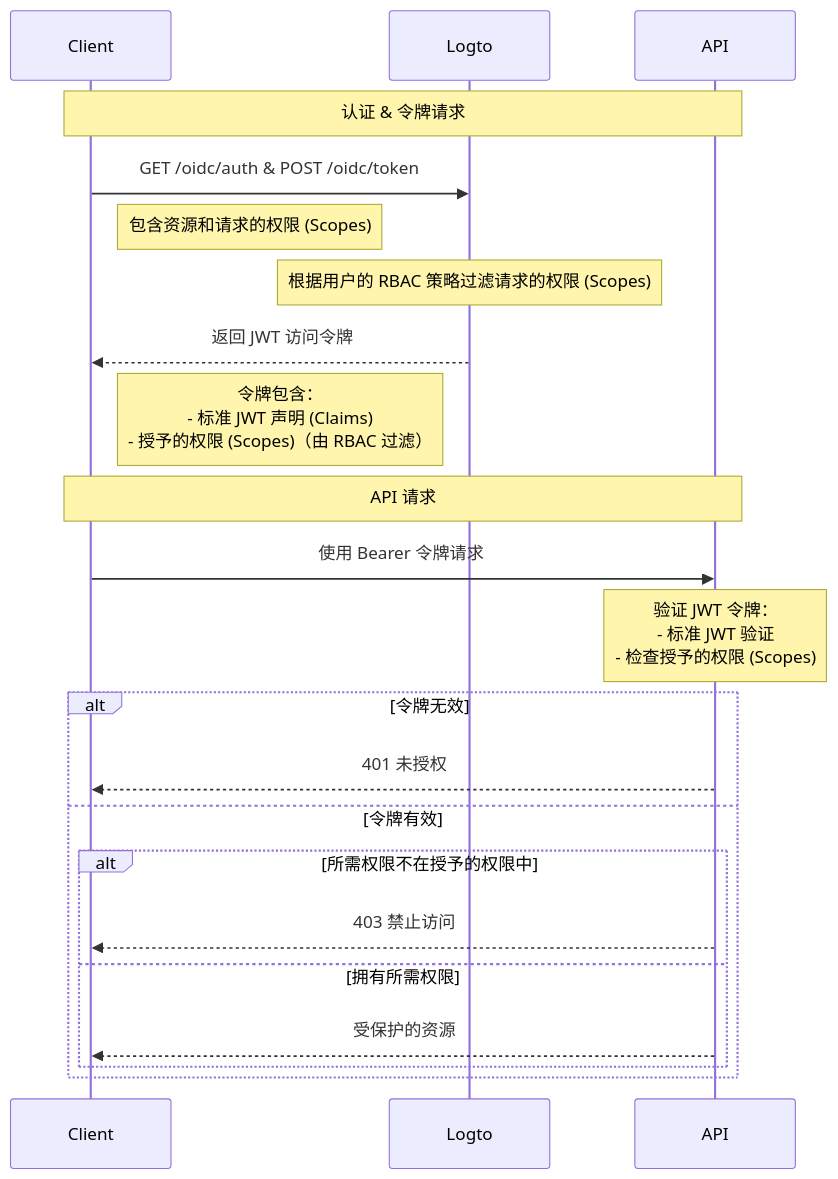
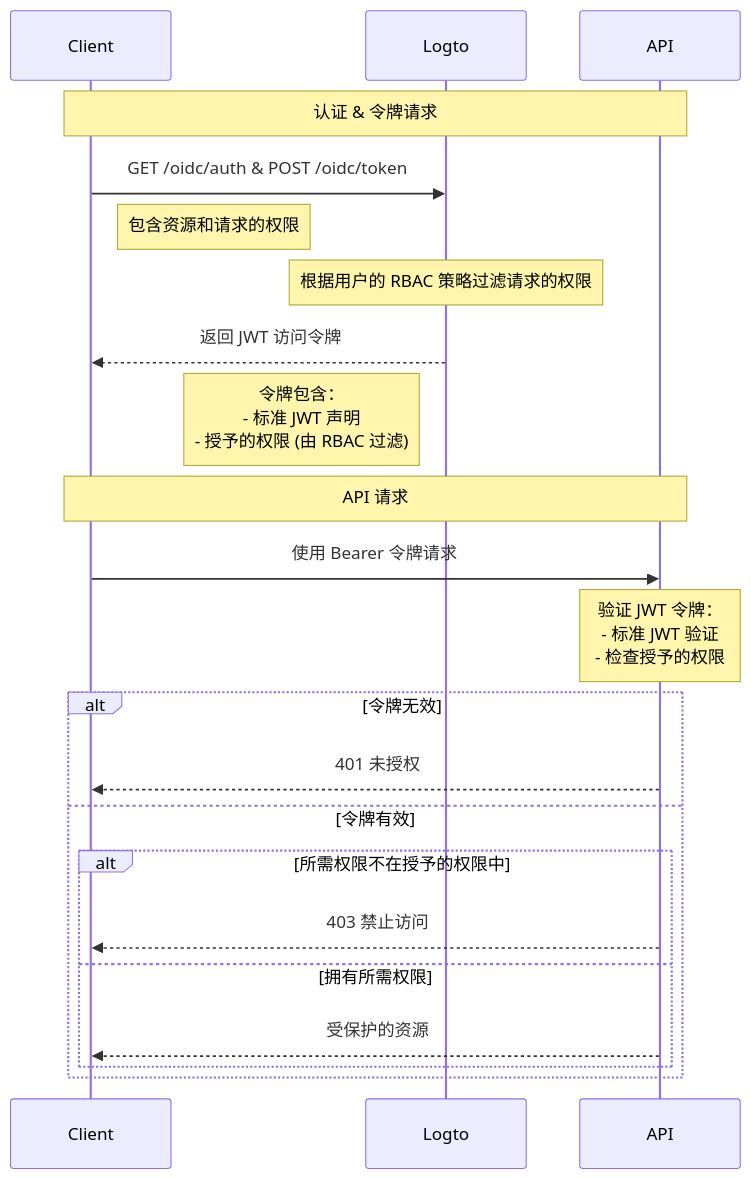
The diagram in i18n/zh-CN/docusaurus-plugin-content-docs/current/authorization/role-based-access-control/protect-api-resources-with-rbac.mdx (logto-io/docs), drawn with Mermaid before and after one commit. The commit also changed other lines of this file and 15 other files, not shown here.

````diff
--- a/i18n/zh-CN/docusaurus-plugin-content-docs/current/authorization/role-based-access-control/protect-api-resources-with-rbac.mdx
+++ b/i18n/zh-CN/docusaurus-plugin-content-docs/current/authorization/role-based-access-control/protect-api-resources-with-rbac.mdx
@@ -13,29 +13,29 @@
 ```mermaid
 sequenceDiagram
     participant Client
     participant Logto
     participant API
 
     Note over Client,API: 认证 & 令牌请求
     Client->>Logto: GET /oidc/auth & POST /oidc/token
-    Note right of Client: 包含资源和请求的权限 (Scopes)
+    Note right of Client: 包含资源和请求的权限
 
-    Note over Logto: 根据用户的 RBAC 策略过滤请求的权限 (Scopes)
+    Note over Logto: 根据用户的 RBAC 策略过滤请求的权限
     Logto-->>Client: 返回 JWT 访问令牌
-    Note left of Logto: 令牌包含：<br/>- 标准 JWT 声明 (Claims)<br/>- 授予的权限 (Scopes)（由 RBAC 过滤）
+    Note left of Logto: 令牌包含：<br/>- 标准 JWT 声明<br/>- 授予的权限 (由 RBAC 过滤)
 
     Note over Client,API: API 请求
     Client->>API: 使用 Bearer 令牌请求
 
-    Note over API: 验证 JWT 令牌：<br/>- 标准 JWT 验证<br/>- 检查授予的权限 (Scopes)
+    Note over API: 验证 JWT 令牌：<br/>- 标准 JWT 验证<br/>- 检查授予的权限
 
     alt 令牌无效
         API-->>Client: 401 未授权
     else 令牌有效
         alt 所需权限不在授予的权限中
             API-->>Client: 403 禁止访问
         else 拥有所需权限
             API-->>Client: 受保护的资源
         end
     end
 ```
````
